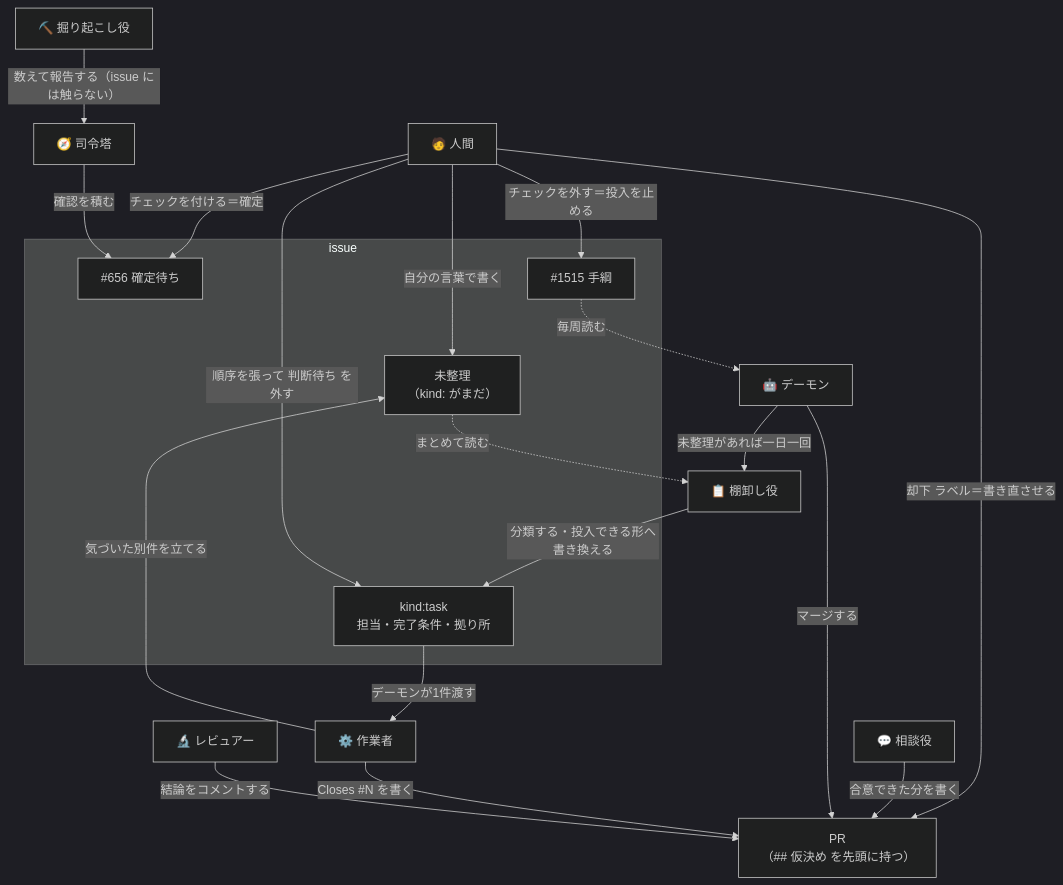
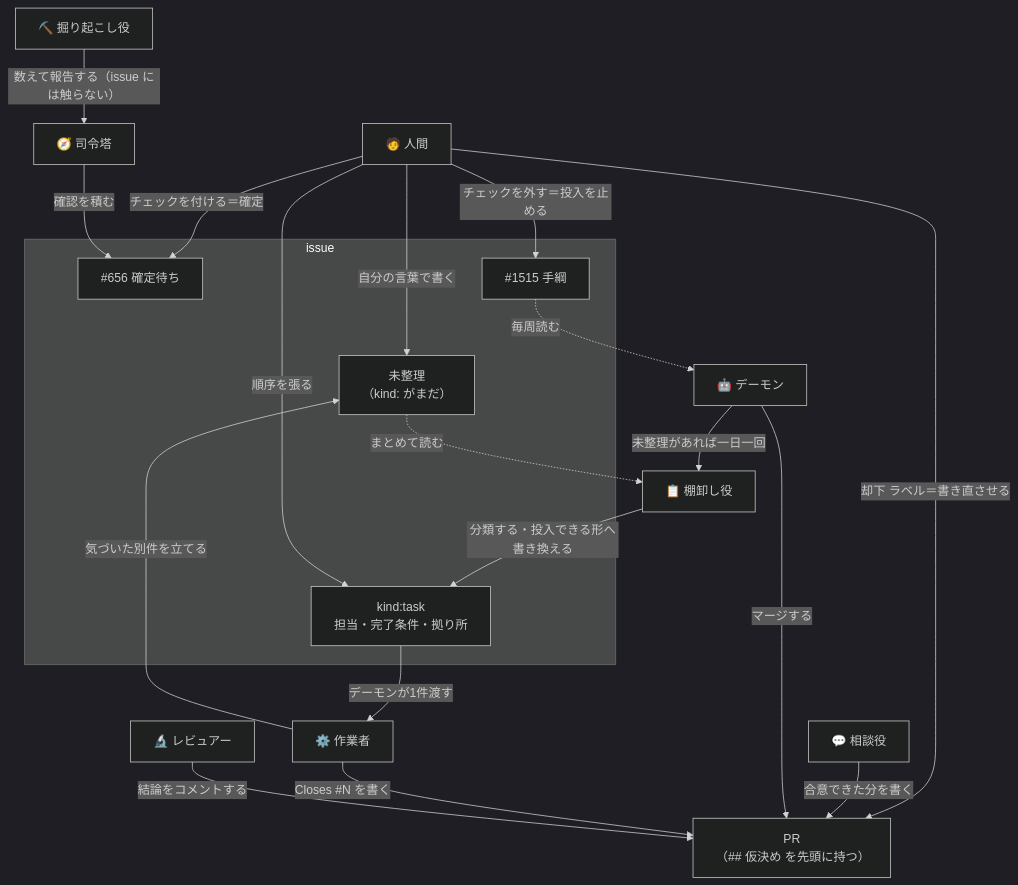
One commit to gooyyu1/UnmappedIsland changed the second of 5 diagrams in docs/ParallelAgents.md. Above: the diagram before and after it, drawn with Mermaid (dark theme). The commit also changed other lines of this file and 3 other files, not shown here.

First line of the commit message:
棚卸しが `kind:task` の全件へ `判断待ち` を付けるのをやめる

````diff
--- a/docs/ParallelAgents.md
+++ b/docs/ParallelAgents.md
@@ -129,37 +129,37 @@
 ```mermaid
 flowchart TB
     Human["🧑 人間"]
     Cmd["🧭 司令塔"]
     Daemon["🤖 デーモン"]
     Adviser["💬 相談役"]
     Digger["⛏️ 掘り起こし役"]
     Triage["📋 棚卸し役"]
     Worker["⚙️ 作業者"]
     Reviewer["🔬 レビュアー"]
 
     subgraph Issues["issue"]
         New["未整理<br/>（kind: がまだ）"]
         Task["kind:task<br/>担当・完了条件・拠り所"]
         Ask["#656 確定待ち"]
         Brake["#1515 手綱"]
     end
     PR["PR<br/>（## 仮決め を先頭に持つ）"]
 
     Human -->|"自分の言葉で書く"| New
     Human -->|"チェックを付ける＝確定"| Ask
     Human -->|"チェックを外す＝投入を止める"| Brake
     Human -->|"却下 ラベル＝書き直させる"| PR
     Brake -.->|"毎周読む"| Daemon
     Digger -->|"数えて報告する（issue には触らない）"| Cmd
     Adviser -->|"合意できた分を書く"| PR
     Cmd -->|"確認を積む"| Ask
     Daemon -->|"マージする"| PR
     Daemon -->|"未整理があれば一日一回"| Triage
     New -.->|"まとめて読む"| Triage
     Triage -->|"分類する・投入できる形へ書き換える"| Task
-    Human -->|"順序を張って 判断待ち を外す"| Task
+    Human -->|"順序を張る"| Task
     Task -->|"デーモンが1件渡す"| Worker
     Worker -->|"Closes #N を書く"| PR
     Worker -->|"気づいた別件を立てる"| New
     Reviewer -->|"結論をコメントする"| PR
 ```
````
